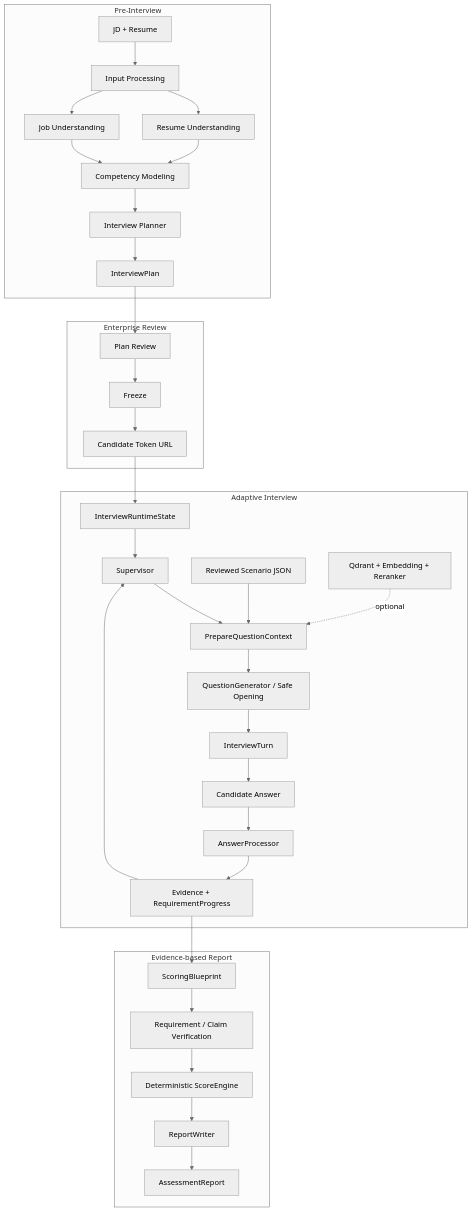
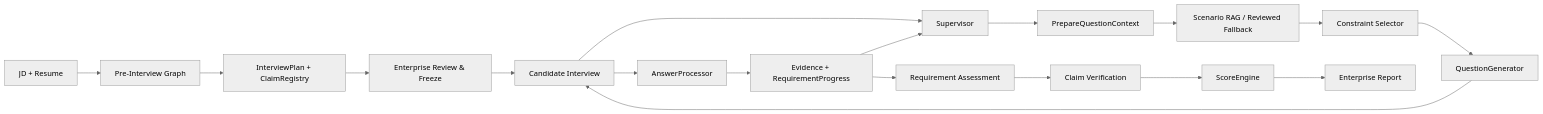
Before and after one commit to hr-huang/AI_Interview: the diagram in README.md, drawn with Mermaid (neutral theme). The commit also changed other lines of this file and 1 other file, not shown here.

Commit message:
docs: present project as evidence-first interview portfolio

````diff
--- a/README.md
+++ b/README.md
@@ -160,40 +114,23 @@
 ```mermaid
-flowchart TD
-    subgraph PRE[Pre-Interview]
-        A[JD + Resume] --> B[Input Processing]
-        B --> C[Resume Understanding]
-        B --> D[Job Understanding]
-        C --> E[Competency Modeling]
-        D --> E
-        E --> F[Interview Planner]
-        F --> P[InterviewPlan]
-    end
+flowchart LR
+    A[JD + Resume] --> B[Pre-Interview Graph]
+    B --> C[InterviewPlan + ClaimRegistry]
+    C --> D[Enterprise Review & Freeze]
+    D --> E[Candidate Interview]
 
-    subgraph REVIEW[Enterprise Review]
-        P --> R[Plan Review]
-        R --> Z[Freeze]
-        Z --> URL[Candidate Token URL]
-    end
+    E --> F[Supervisor]
+    F --> G[PrepareQuestionContext]
+    G --> H[Scenario RAG / Reviewed Fallback]
+    H --> I[Constraint Selector]
+    I --> J[QuestionGenerator]
+    J --> E
 
-    subgraph INTERVIEW[Adaptive Interview]
-        URL --> S[InterviewRuntimeState]
-        S --> SUP[Supervisor]
-        SUP --> CTX[PrepareQuestionContext]
-        BANK[Reviewed Scenario JSON] --> CTX
-        QD[Qdrant + Embedding + Reranker] -. optional .-> CTX
-        CTX --> Q[QuestionGenerator / Safe Opening]
-        Q --> TURN[InterviewTurn]
-        TURN --> ANS[Candidate Answer]
-        ANS --> AP[AnswerProcessor]
-        AP --> EV[Evidence + RequirementProgress]
-        EV --> SUP
-    end
+    E --> K[AnswerProcessor]
+    K --> L[Evidence + RequirementProgress]
+    L --> F
 
-    subgraph POST[Evidence-based Report]
-        EV --> SB[ScoringBlueprint]
-        SB --> RV[Requirement / Claim Verification]
-        RV --> SE[Deterministic ScoreEngine]
-        SE --> RW[ReportWriter]
-        RW --> REPORT[AssessmentReport]
-    end
+    L --> M[Requirement Assessment]
+    M --> N[Claim Verification]
+    N --> O[ScoreEngine]
+    O --> P[Enterprise Report]
 ```
````
